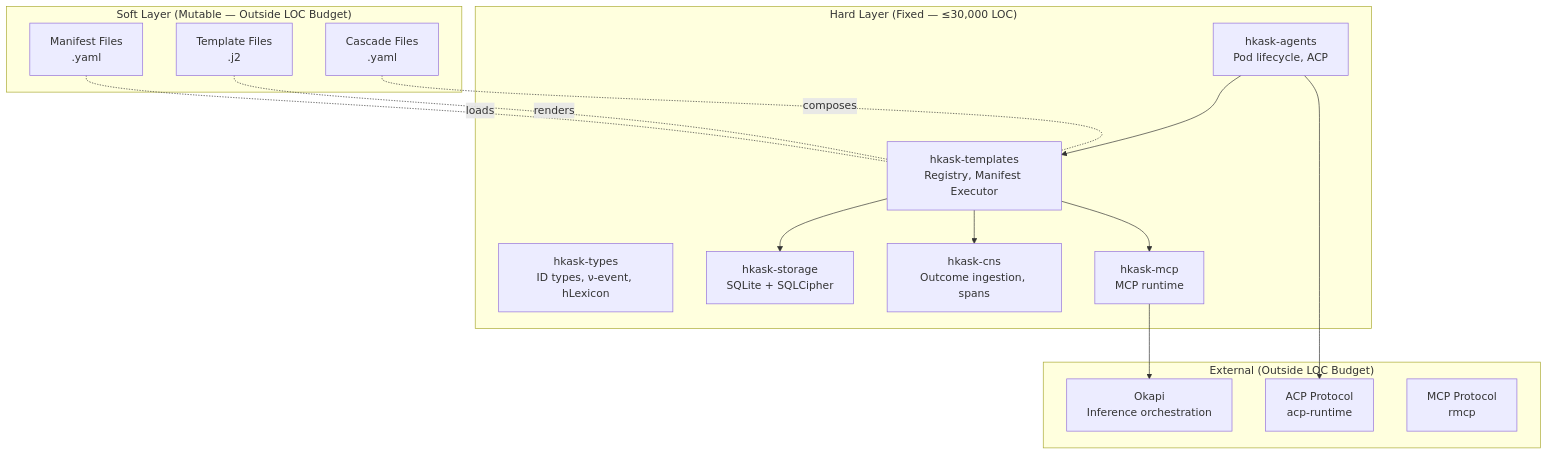
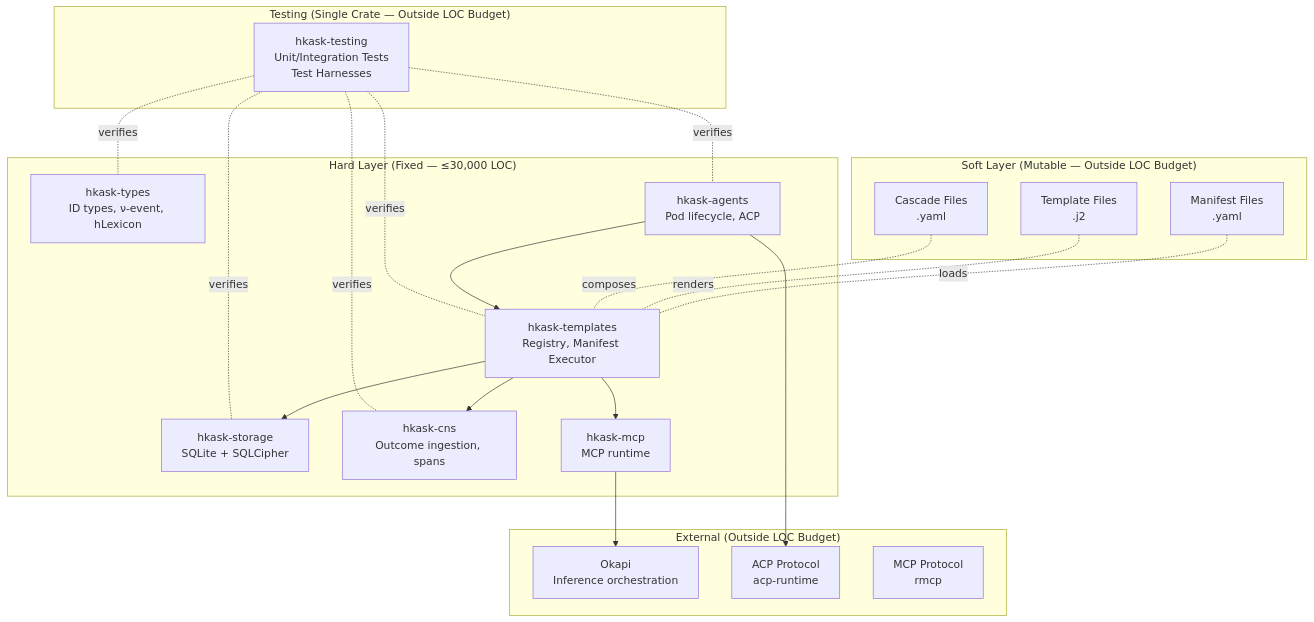
Before and after one commit to mdz-axo/hKask: the second of 5 diagrams in docs/architecture/hKask-erd.md, drawn with Mermaid. The commit also changed 8 other files, not shown here.

````diff
--- a/docs/architecture/hKask-erd.md
+++ b/docs/architecture/hKask-erd.md
@@ -90,34 +90,44 @@
 ```mermaid
 graph TB
     subgraph "Soft Layer (Mutable — Outside LOC Budget)"
         YAML[Manifest Files<br/>.yaml]
         J2[Template Files<br/>.j2]
         MD[Cascade Files<br/>.yaml]
     end
     
     subgraph "Hard Layer (Fixed — ≤30,000 LOC)"
         HKASK_TYPES[hkask-types<br/>ID types, ν-event, hLexicon]
         HKASK_STORAGE[hkask-storage<br/>SQLite + SQLCipher]
         HKASK_TEMPLATES[hkask-templates<br/>Registry, Manifest Executor]
         HKASK_CNS[hkask-cns<br/>Outcome ingestion, spans]
         HKASK_AGENTS[hkask-agents<br/>Pod lifecycle, ACP]
         HKASK_MCP[hkask-mcp<br/>MCP runtime]
+    end
+    
+    subgraph "Testing (Single Crate — Outside LOC Budget)"
+        HKASK_TESTING[hkask-testing<br/>Unit/Integration Tests<br/>Test Harnesses]
     end
     
     subgraph "External (Outside LOC Budget)"
         OKAPI[Okapi<br/>Inference orchestration]
         ACP[ACP Protocol<br/>acp-runtime]
         MCP[MCP Protocol<br/>rmcp]
     end
     
     YAML -. loads .- HKASK_TEMPLATES
     J2 -. renders .- HKASK_TEMPLATES
     MD -. composes .- HKASK_TEMPLATES
     
     HKASK_TEMPLATES --> HKASK_STORAGE
     HKASK_TEMPLATES --> HKASK_CNS
     HKASK_TEMPLATES --> HKASK_MCP
     HKASK_MCP --> OKAPI
     HKASK_AGENTS --> ACP
     HKASK_AGENTS --> HKASK_TEMPLATES
+    
+    HKASK_TESTING -. verifies .- HKASK_TYPES
+    HKASK_TESTING -. verifies .- HKASK_STORAGE
+    HKASK_TESTING -. verifies .- HKASK_TEMPLATES
+    HKASK_TESTING -. verifies .- HKASK_CNS
+    HKASK_TESTING -. verifies .- HKASK_AGENTS
 ```
````
